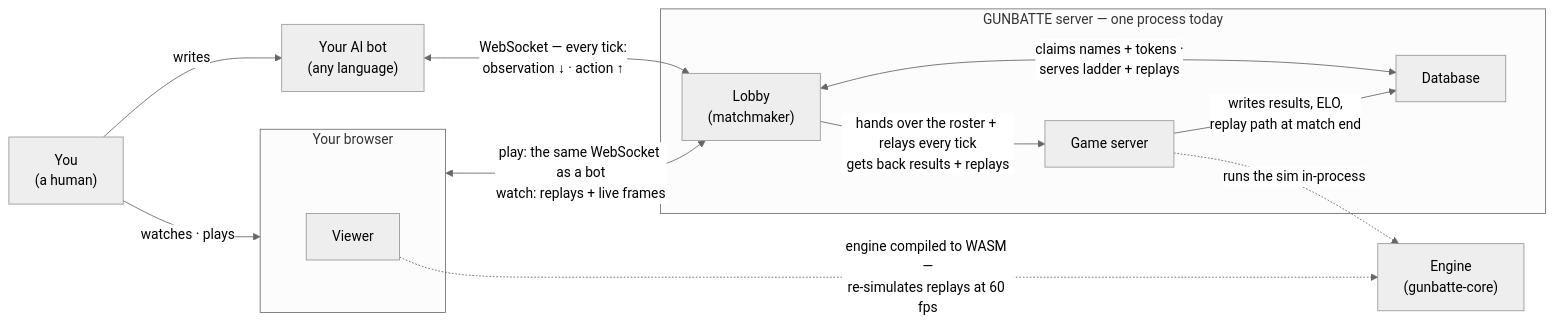
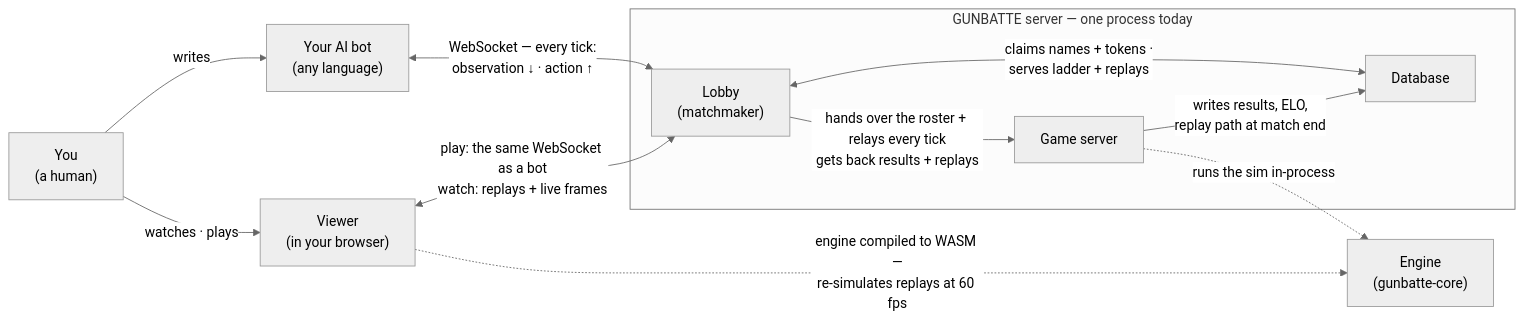
Before and after one commit to ahaqqu/gunbatte: the diagram in docs/ARCHITECTURE.md, drawn with Mermaid (neutral theme). The commit also changed other lines of this file, not shown here.

Commit message:
docs: diagram — anchor the viewer's connection on the Viewer node
The browser↔lobby edge existed but was anchored on the browser
subgraph frame, and mermaid tucked the browser-side arrowhead against
the box outline — the edge read as one-way into the lobby (and when
re-anchored on the viewer inside the cluster, the edge label collided
with the WASM label). Drop the browser cluster: the Viewer node is
labeled "in your browser" and holds the edge itself, so both
arrowheads render and the label is legible.

````diff
--- a/docs/ARCHITECTURE.md
+++ b/docs/ARCHITECTURE.md
@@ -22,28 +22,24 @@
 ```mermaid
 flowchart LR
     you["You<br/>(a human)"]
     bot["Your AI bot<br/>(any language)"]
-
-    subgraph browser["Your browser"]
-        viewer["Viewer"]
-    end
-
+    viewer["Viewer<br/>(in your browser)"]
     engine["Engine<br/>(gunbatte-core)"]
 
     subgraph server["GUNBATTE server — one process today"]
         lobby["Lobby<br/>(matchmaker)"]
         game["Game server"]
         db["Database"]
 
         lobby <-->|"claims names + tokens ·<br/>serves ladder + replays"| db
         lobby -->|"hands over the roster + relays every tick<br/>gets back results + replays"| game
         game -->|"writes results, ELO,<br/>replay path at match end"| db
     end
 
     you -->|"writes"| bot
-    you -->|"watches · plays"| browser
+    you -->|"watches · plays"| viewer
+    viewer <-->|"play: the same WebSocket as a bot<br/>watch: replays + live frames"| lobby
     bot <-->|"WebSocket — every tick:<br/>observation ↓ · action ↑"| lobby
-    browser <-->|"play: the same WebSocket as a bot<br/>watch: replays + live frames"| lobby
     game -.->|"runs the sim in-process"| engine
     viewer -.->|"engine compiled to WASM —<br/>re-simulates replays at 60 fps"| engine
 ```
````
